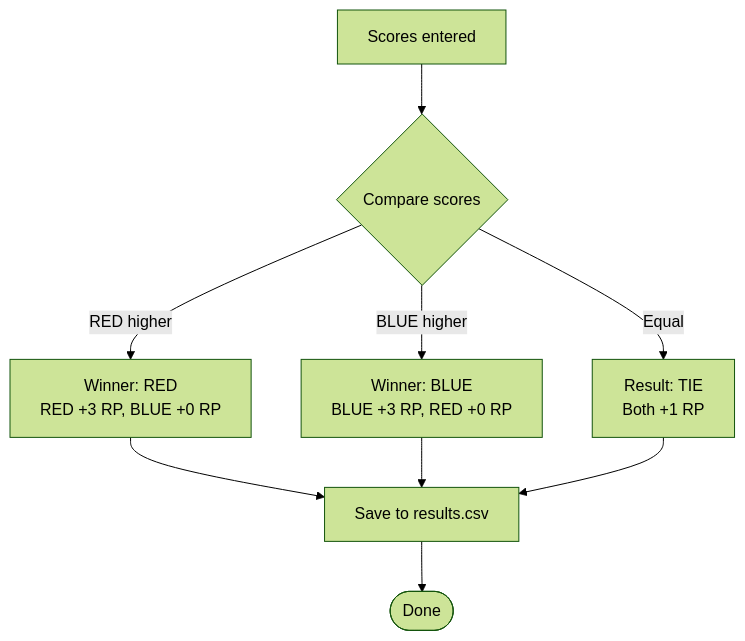
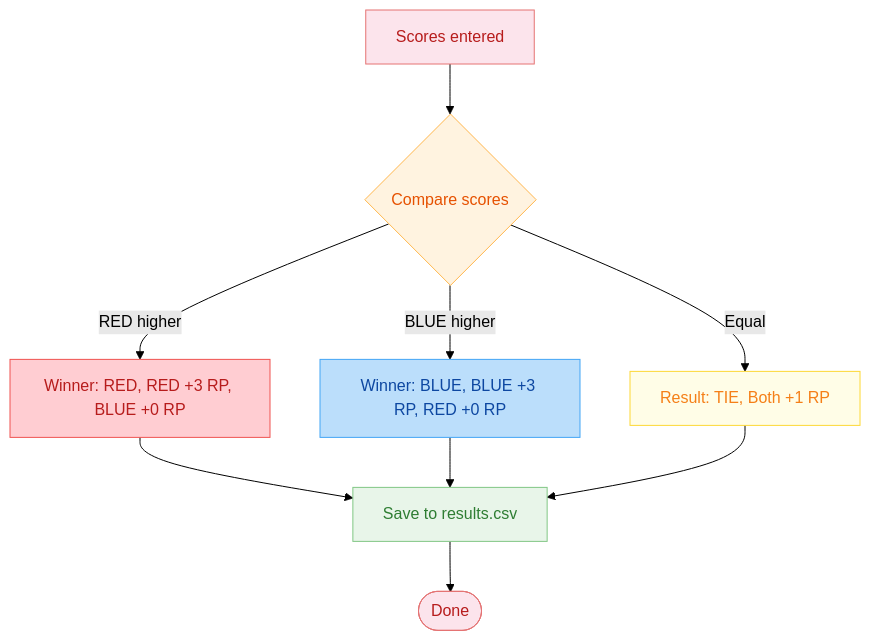
One commit to khanhthanhdev/CompSys changed diagram 12 of 18 in README.md. Above: the diagram before and after it, drawn with Mermaid (forest theme). The commit also changed other lines of this file and 8 other files, not shown here.

````diff
--- a/README.md
+++ b/README.md
@@ -369,14 +425,22 @@
 ```mermaid
 flowchart TD
-    Start[Scores entered] --> Compare{Compare scores}
+    classDef startEnd fill:#fce4ec,stroke:#e57373,color:#b71c1c
+    classDef process fill:#e3f2fd,stroke:#64b5f6,color:#1565c0
+    classDef decision fill:#fff3e0,stroke:#ffb74d,color:#e65100
+    classDef red fill:#ffcdd2,stroke:#ef5350,color:#b71c1c
+    classDef blue fill:#bbdefb,stroke:#42a5f5,color:#0d47a1
+    classDef tie fill:#fffde7,stroke:#fdd835,color:#f57f17
+    classDef io fill:#e8f5e9,stroke:#81c784,color:#2e7d32
+
+    Start[Scores entered]:::startEnd --> Compare{Compare scores}:::decision
     
-    Compare -->|RED higher| RedWin[Winner: RED<br/>RED +3 RP, BLUE +0 RP]
-    Compare -->|BLUE higher| BlueWin[Winner: BLUE<br/>BLUE +3 RP, RED +0 RP]
-    Compare -->|Equal| Tie[Result: TIE<br/>Both +1 RP]
+    Compare -->|RED higher| RedWin[Winner: RED, RED +3 RP, BLUE +0 RP]:::red
+    Compare -->|BLUE higher| BlueWin[Winner: BLUE, BLUE +3 RP, RED +0 RP]:::blue
+    Compare -->|Equal| Tie[Result: TIE, Both +1 RP]:::tie
     
-    RedWin --> Log[Save to results.csv]
+    RedWin --> Log[Save to results.csv]:::io
     BlueWin --> Log
     Tie --> Log
     
-    Log --> Done([Done])
+    Log --> Done([Done]):::startEnd
 ```
````
